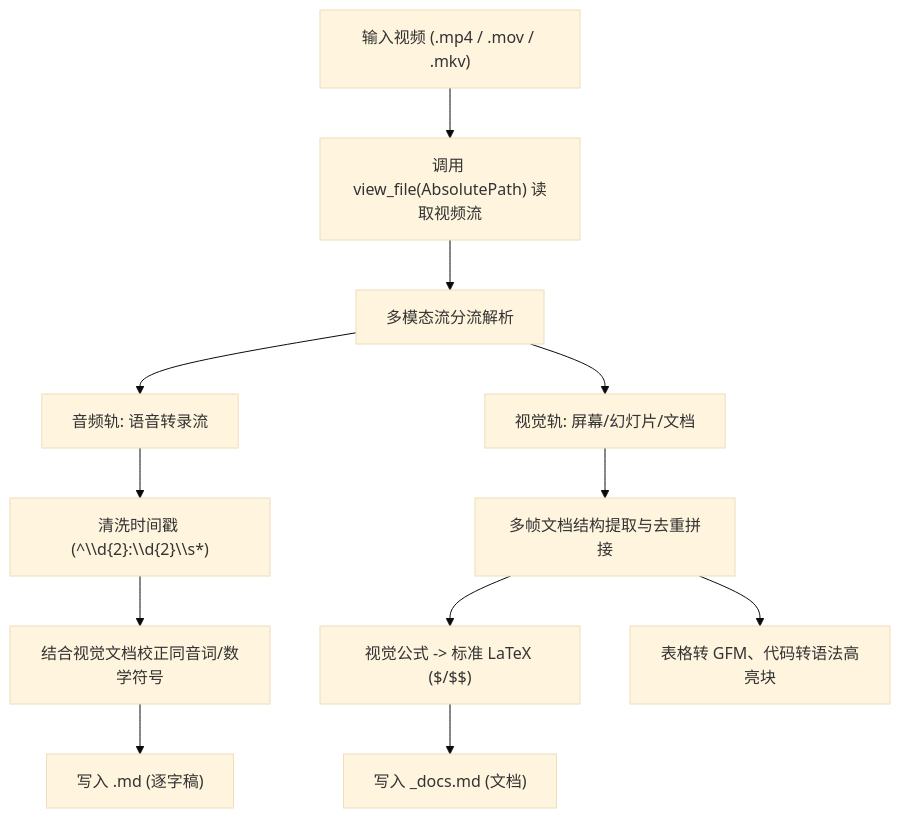
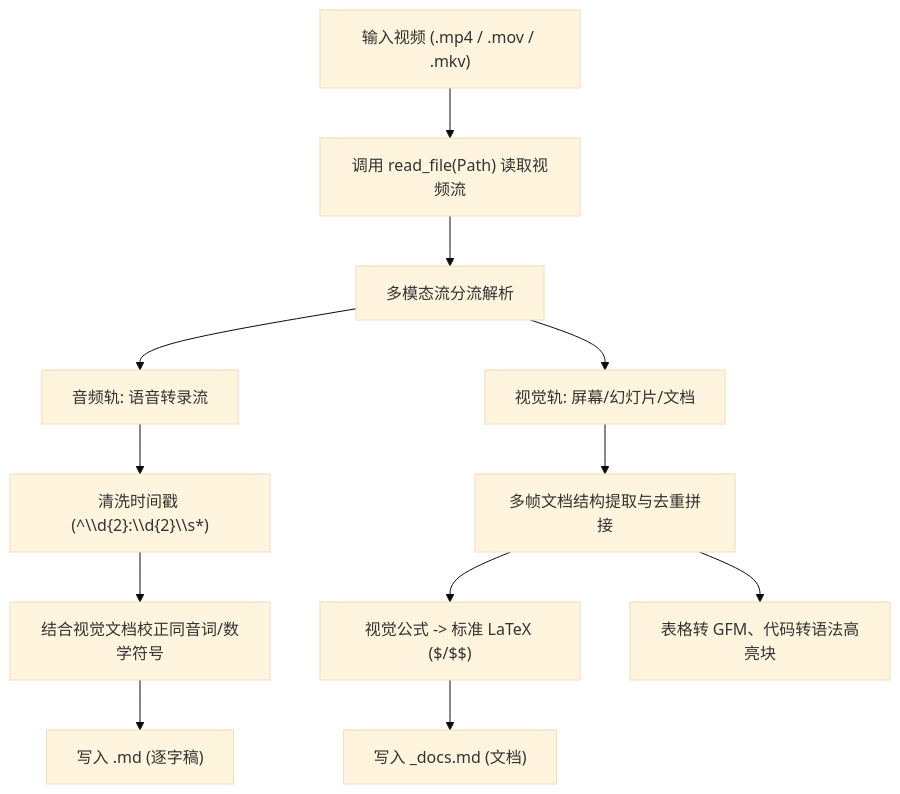
One commit to Leonis03/pitfall-harness-skills changed the first of 2 diagrams in skills/video-to-md/SKILL.md. Above: the diagram before and after it, drawn with Mermaid (base theme). The commit also changed other lines of this file and 13 other files, not shown here.

````diff
--- a/skills/video-to-md/SKILL.md
+++ b/skills/video-to-md/SKILL.md
@@ -36,16 +36,16 @@
 ```mermaid
 flowchart TD
-    Video["输入视频 (.mp4 / .mov / .mkv)"] --> ReadTool["调用 view_file(AbsolutePath) 读取视频流"]
+    Video["输入视频 (.mp4 / .mov / .mkv)"] --> ReadTool["调用 read_file(Path) 读取视频流"]
     ReadTool --> Split["多模态流分流解析"]
     
     Split --> AudioTrack["音频轨: 语音转录流"]
     AudioTrack --> CleanTS["清洗时间戳 (^\\d{2}:\\d{2}\\s*)"]
     CleanTS --> FixHomophones["结合视觉文档校正同音词/数学符号"]
     FixHomophones --> OutputTranscript["写入 <video_name>.md (逐字稿)"]
     
     Split --> VisualTrack["视觉轨: 屏幕/幻灯片/文档"]
     VisualTrack --> OCRDoc["多帧文档结构提取与去重拼接"]
     OCRDoc --> LaTeXFormulas["视觉公式 -> 标准 LaTeX ($/$$)"]
     OCRDoc --> CodeTables["表格转 GFM、代码转语法高亮块"]
     LaTeXFormulas --> OutputDocs["写入 <video_name>_docs.md (文档)"]
 ```
````
